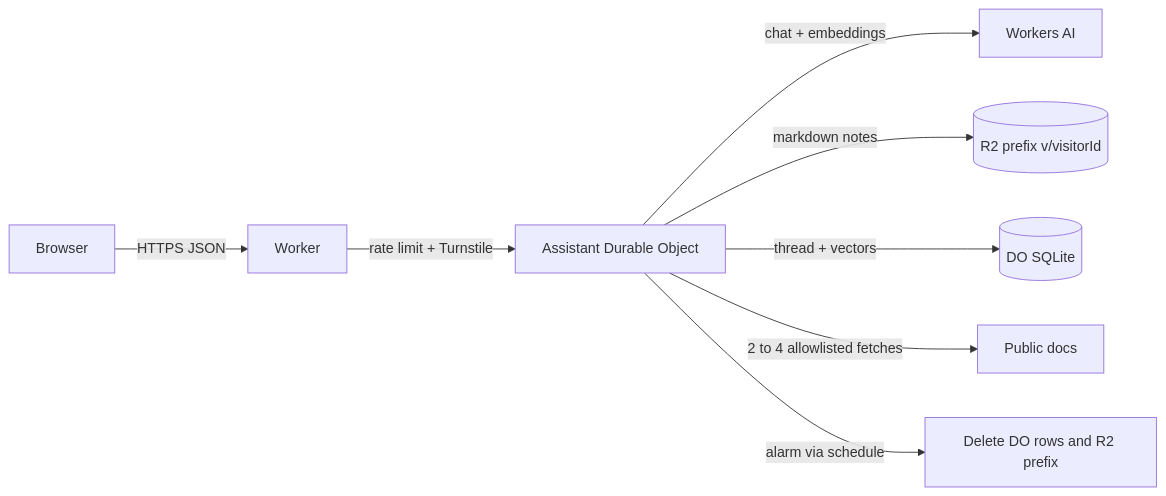
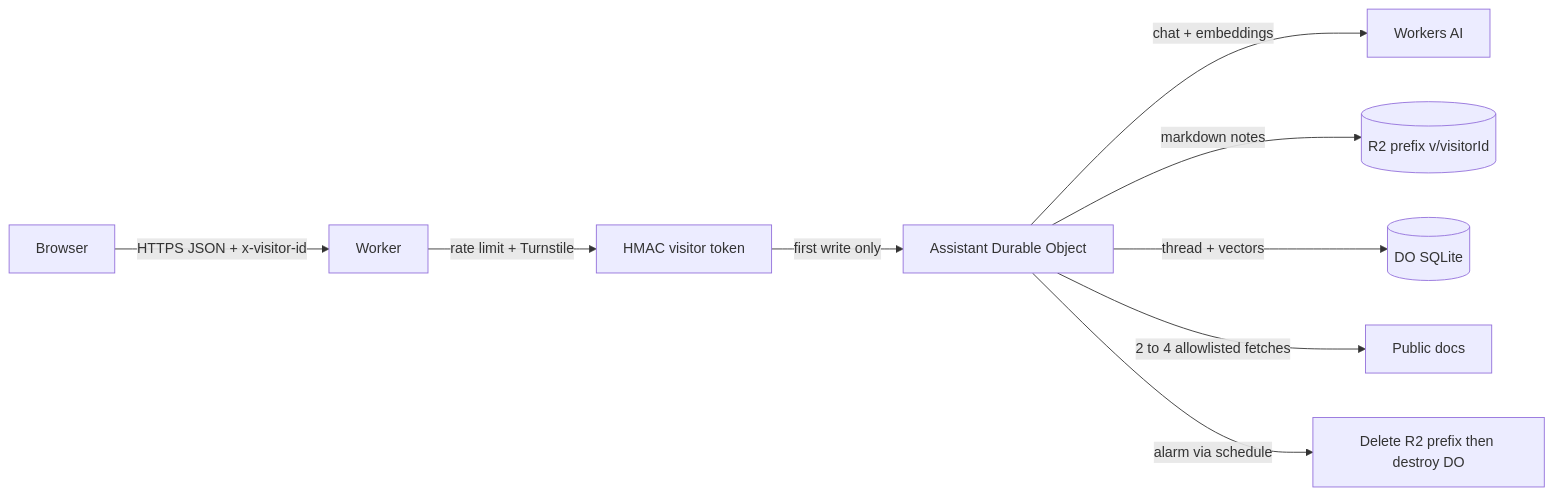
Before and after one commit to theserverlessdev/tech-demos: the diagram in demos/personal-agent/PLAN.md, drawn with Mermaid. The commit also changed other lines of this file and 24 other files, not shown here.

````diff
--- a/demos/personal-agent/PLAN.md
+++ b/demos/personal-agent/PLAN.md
@@ -58,10 +58,11 @@
 ```mermaid
 flowchart LR
-  browser[Browser] -->|HTTPS JSON| worker[Worker]
-  worker -->|rate limit + Turnstile| assistant[Assistant Durable Object]
+  browser[Browser] -->|HTTPS JSON + x-visitor-id| worker[Worker]
+  worker -->|rate limit + Turnstile| grant[HMAC visitor token]
+  grant -->|first write only| assistant[Assistant Durable Object]
   assistant -->|chat + embeddings| ai[Workers AI]
   assistant -->|markdown notes| r2[(R2 prefix v/visitorId)]
   assistant -->|thread + vectors| sqlite[(DO SQLite)]
   assistant -->|2 to 4 allowlisted fetches| web[Public docs]
-  assistant -->|alarm via schedule| purge[Delete DO rows and R2 prefix]
+  assistant -->|alarm via schedule| purge[Delete R2 prefix then destroy DO]
 ```
````
